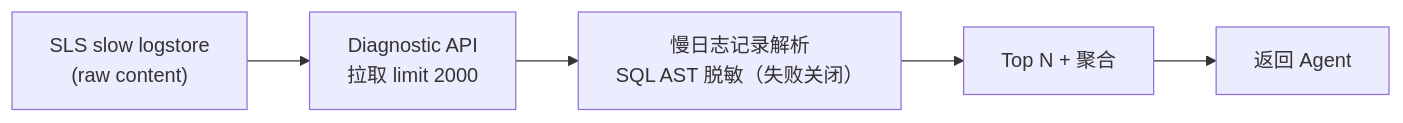
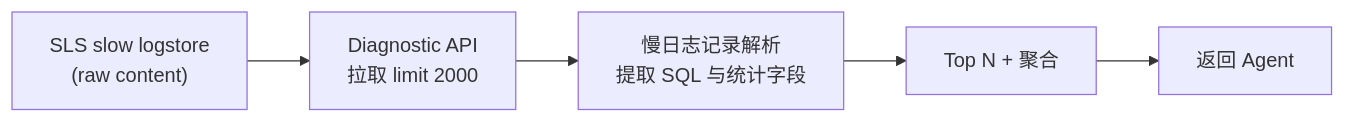
The fifth of 10 diagrams in docs/tidb-diag-agent-technical-design.md (yangzhengjie/tidb-diag), drawn with Mermaid before and after one commit. The commit also changed other lines of this file and 1 other file, not shown here.

````diff
--- a/docs/tidb-diag-agent-technical-design.md
+++ b/docs/tidb-diag-agent-technical-design.md
@@ -772,7 +758,7 @@
 ```mermaid
 flowchart LR
     A["SLS slow logstore<br/>(raw content)"] --> B["Diagnostic API<br/>拉取 limit 2000"]
-    B --> C["慢日志记录解析<br/>SQL AST 脱敏（失败关闭）"]
+    B --> C["慢日志记录解析<br/>提取 SQL 与统计字段"]
     C --> D["Top N + 聚合"]
     D --> E["返回 Agent"]
 ```
````
